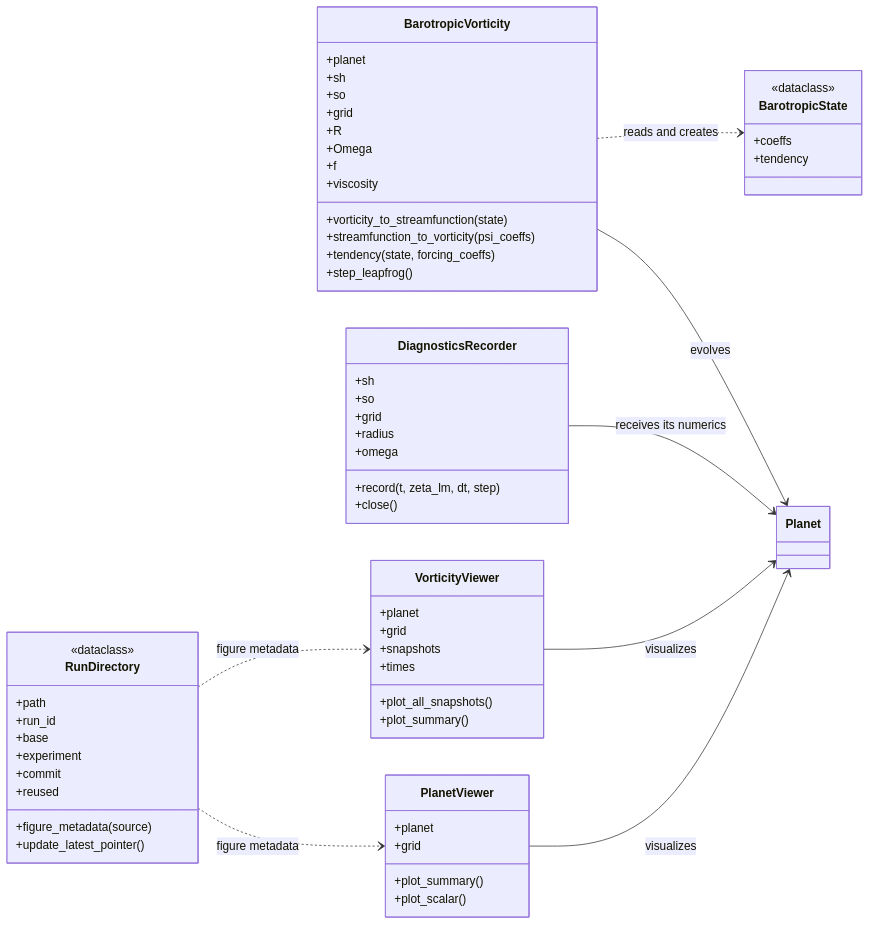
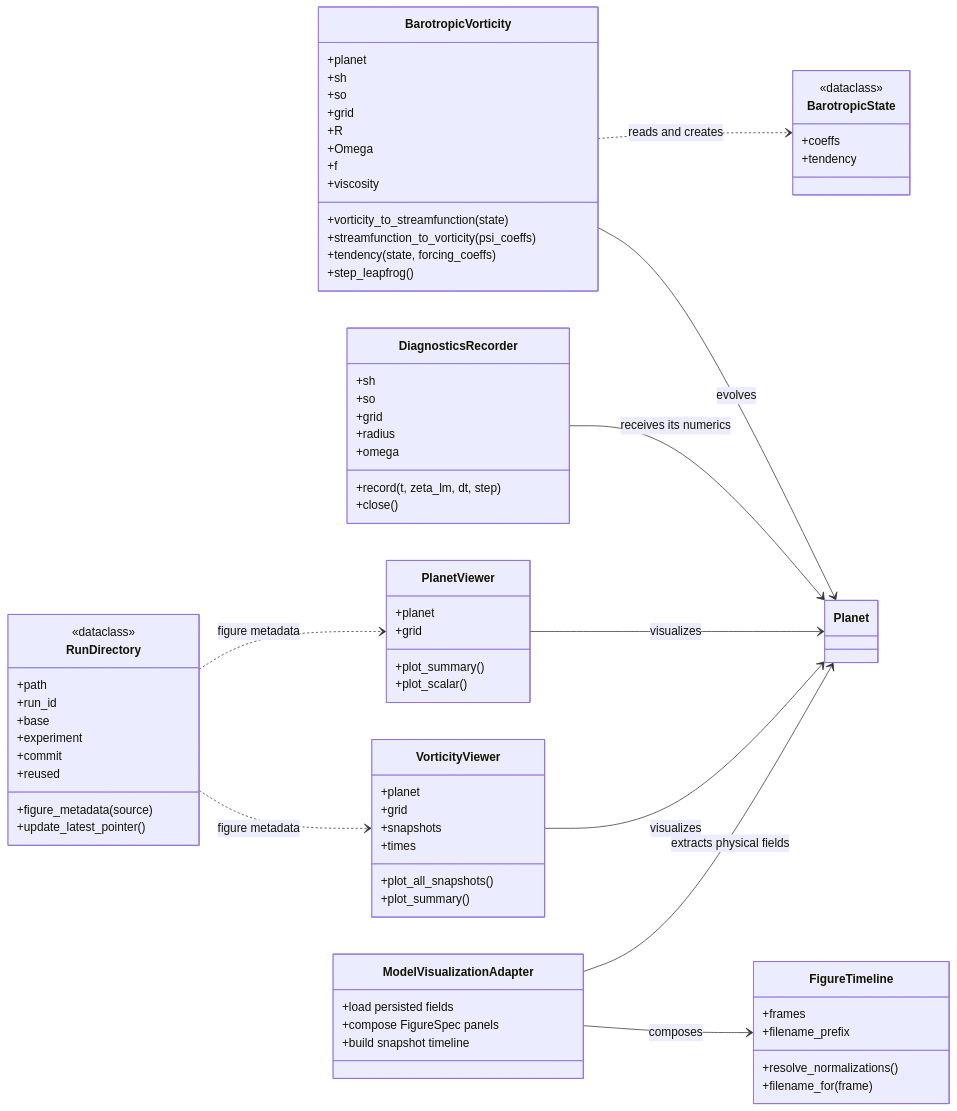
Before and after one commit to AlexandreEros/Aeolus: the second of 3 diagrams in docs/class-structure.md, drawn with Mermaid. The commit also changed other lines of this file and 21 other files, not shown here.

Commit message:
feat(viz): add shared snapshot timeline rendering

````diff
--- a/docs/class-structure.md
+++ b/docs/class-structure.md
@@ -272,11 +272,26 @@
         +plot_summary()
     }
 
+    class FigureTimeline {
+        +frames
+        +filename_prefix
+        +resolve_normalizations()
+        +filename_for(frame)
+    }
+
+    class ModelVisualizationAdapter {
+        +load persisted fields
+        +compose FigureSpec panels
+        +build snapshot timeline
+    }
+
     BarotropicVorticity --> Planet : evolves
     BarotropicVorticity ..> BarotropicState : reads and creates
     DiagnosticsRecorder --> Planet : receives its numerics
     PlanetViewer --> Planet : visualizes
     VorticityViewer --> Planet : visualizes
+    ModelVisualizationAdapter --> Planet : extracts physical fields
+    ModelVisualizationAdapter --> FigureTimeline : composes
     RunDirectory ..> PlanetViewer : figure metadata
     RunDirectory ..> VorticityViewer : figure metadata
 ```
````
